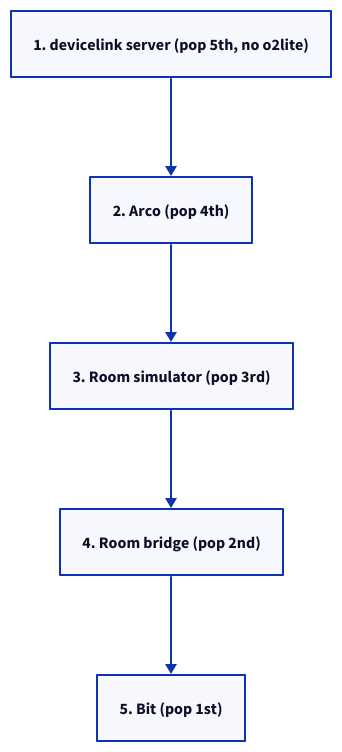
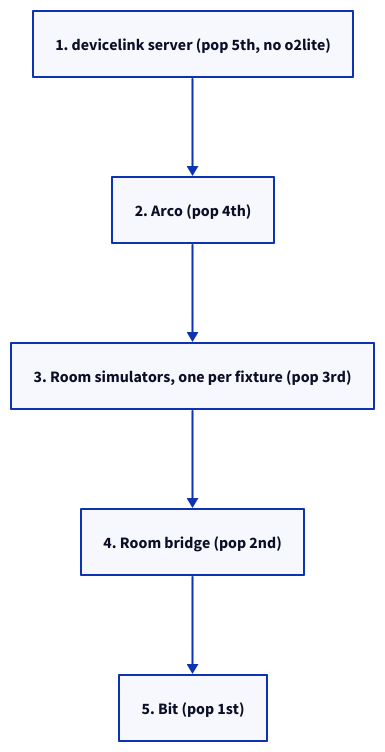
One commit to Musical-Mycology/mm-terrarium changed the diagram in docs/diagrams/boot-teardown.d2. Above: the diagram before and after it, drawn with D2. The commit also changed 7 other files, not shown here.

First line of the commit message:
docs(terrarium): sync the deep-dive and diagrams after the N-fixture Room slice

```diff
--- a/docs/diagrams/boot-teardown.d2
+++ b/docs/diagrams/boot-teardown.d2
@@ -1,8 +1,8 @@
 direction: down
 
 p1: "1. devicelink server (pop 5th, no o2lite)"
 p2: 2. Arco (pop 4th)
-p3: 3. Room simulator (pop 3rd)
+p3: 3. Room simulators, one per fixture (pop 3rd)
 p4: 4. Room bridge (pop 2nd)
 p5: 5. Bit (pop 1st)
 p1 -> p2 -> p3 -> p4 -> p5
```
